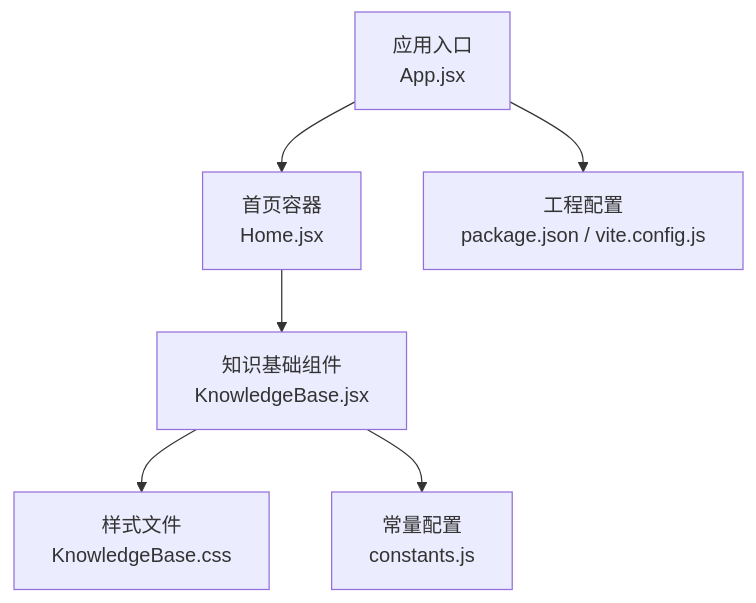
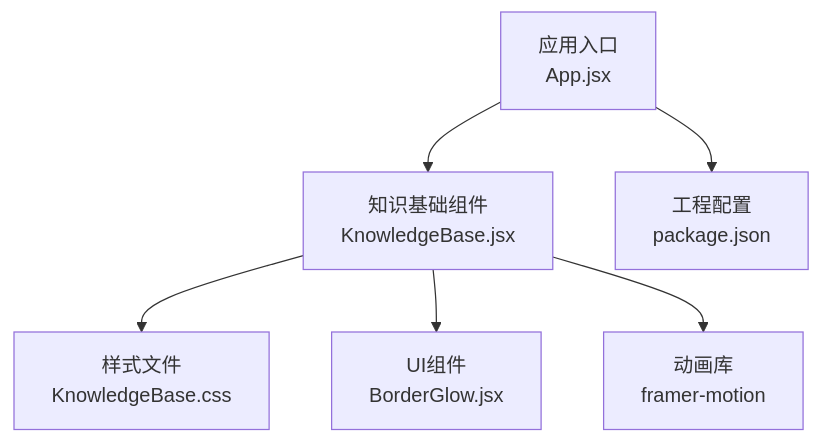
One commit to lithos666/lithos666.github.io changed the first of 4 diagrams in .qoder/repowiki/zh/content/核心功能模块/知识基础组件.md. Above: the diagram before and after it, drawn with Mermaid. The commit also changed other lines of this file and 51 other files, not shown here.

````diff
--- a/.qoder/repowiki/zh/content/核心功能模块/知识基础组件.md
+++ b/.qoder/repowiki/zh/content/核心功能模块/知识基础组件.md
@@ -43,8 +51,8 @@
 ```mermaid
 graph TB
-A["应用入口<br/>App.jsx"] --> B["首页容器<br/>Home.jsx"]
-B --> C["知识基础组件<br/>KnowledgeBase.jsx"]
-C --> D["样式文件<br/>KnowledgeBase.css"]
-C --> E["常量配置<br/>constants.js"]
-A --> F["工程配置<br/>package.json / vite.config.js"]
+A["应用入口<br/>App.jsx"] --> B["知识基础组件<br/>KnowledgeBase.jsx"]
+B --> C["样式文件<br/>KnowledgeBase.css"]
+B --> D["UI组件<br/>BorderGlow.jsx"]
+B --> E["动画库<br/>framer-motion"]
+A --> F["工程配置<br/>package.json"]
 ```
````
